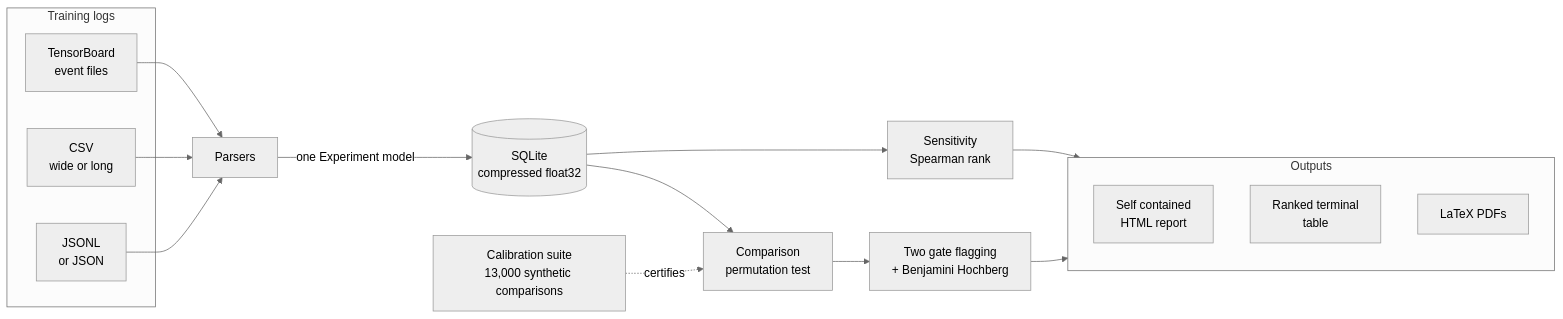
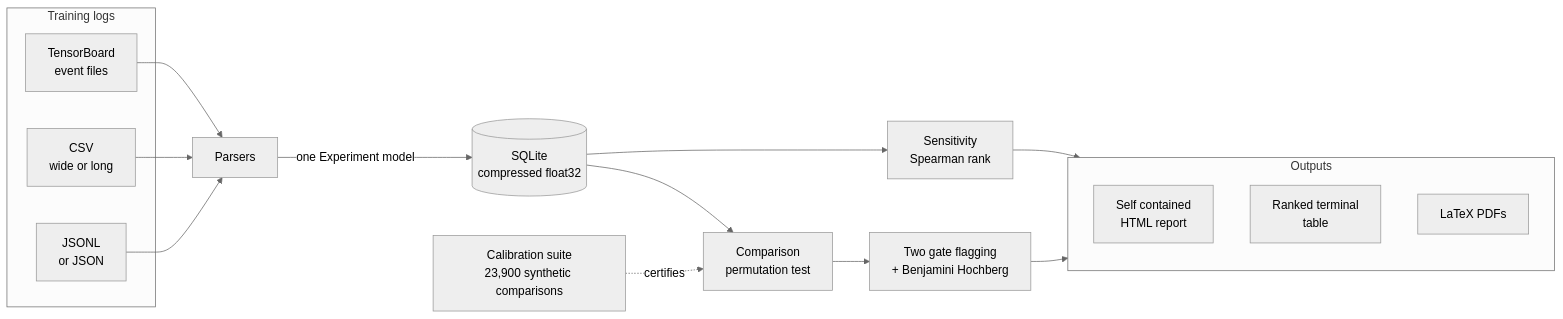
One commit to Olajide-Badejo/ML-Experiment-Triage changed the diagram in README.md. Above: the diagram before and after it, drawn with Mermaid (neutral theme). The commit also changed other lines of this file and 8 other files, not shown here.

````diff
--- a/README.md
+++ b/README.md
@@ -174,29 +207,29 @@
 ```mermaid
 flowchart LR
     subgraph sources [Training logs]
         TB[TensorBoard<br/>event files]
         CSV[CSV<br/>wide or long]
         JSONL[JSONL<br/>or JSON]
     end
 
     TB --> P[Parsers]
     CSV --> P
     JSONL --> P
 
     P -->|one Experiment model| DB[(SQLite<br/>compressed float32)]
 
     DB --> CMP[Comparison<br/>permutation test]
     DB --> SENS[Sensitivity<br/>Spearman rank]
 
     CMP --> REG[Two gate flagging<br/>+ Benjamini Hochberg]
     REG --> OUT
     SENS --> OUT
 
     subgraph OUT [Outputs]
         HTML[Self contained<br/>HTML report]
         TERM[Ranked terminal<br/>table]
         PDF[LaTeX PDFs]
     end
 
-    CAL[Calibration suite<br/>13,000 synthetic comparisons] -.certifies.-> CMP
+    CAL[Calibration suite<br/>23,900 synthetic comparisons] -.certifies.-> CMP
 ```
````
